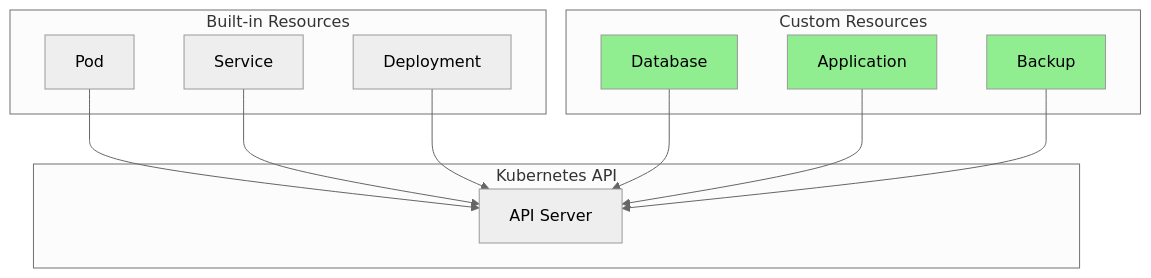
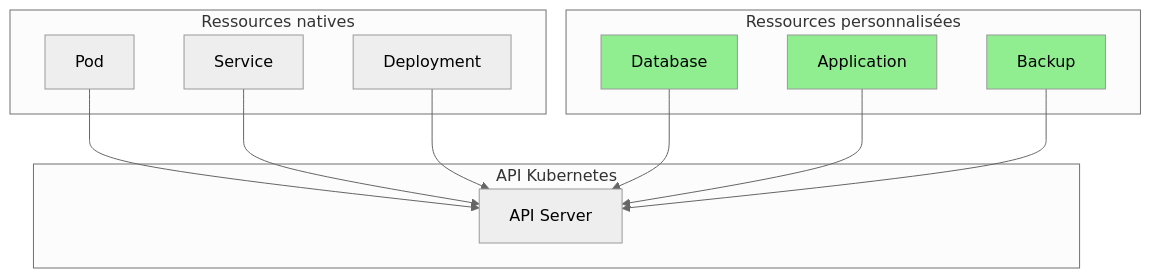
Before and after one commit to fallewi/advanced-kubernetes-trainings: the first of 7 diagrams in k8s-operators-pratique/module-01/lessons/04-custom-resources.md, drawn with Mermaid (neutral theme). The commit also changed other lines of this file, not shown here.

````diff
--- a/k8s-operators-pratique/module-01/lessons/04-custom-resources.md
+++ b/k8s-operators-pratique/module-01/lessons/04-custom-resources.md
@@ -61,29 +422,29 @@
 ```mermaid
 graph TB
-    subgraph "Built-in Resources"
+    subgraph "Ressources natives"
         POD[Pod]
         SVC[Service]
         DEPLOY[Deployment]
     end
     
-    subgraph "Custom Resources"
+    subgraph "Ressources personnalisées"
         DB[Database]
         APP[Application]
         BACKUP[Backup]
     end
     
-    subgraph "Kubernetes API"
+    subgraph "API Kubernetes"
         API[API Server]
     end
     
     POD --> API
     SVC --> API
     DEPLOY --> API
     DB --> API
     APP --> API
     BACKUP --> API
     
     style DB fill:#90EE90
     style APP fill:#90EE90
     style BACKUP fill:#90EE90
 ```
````
